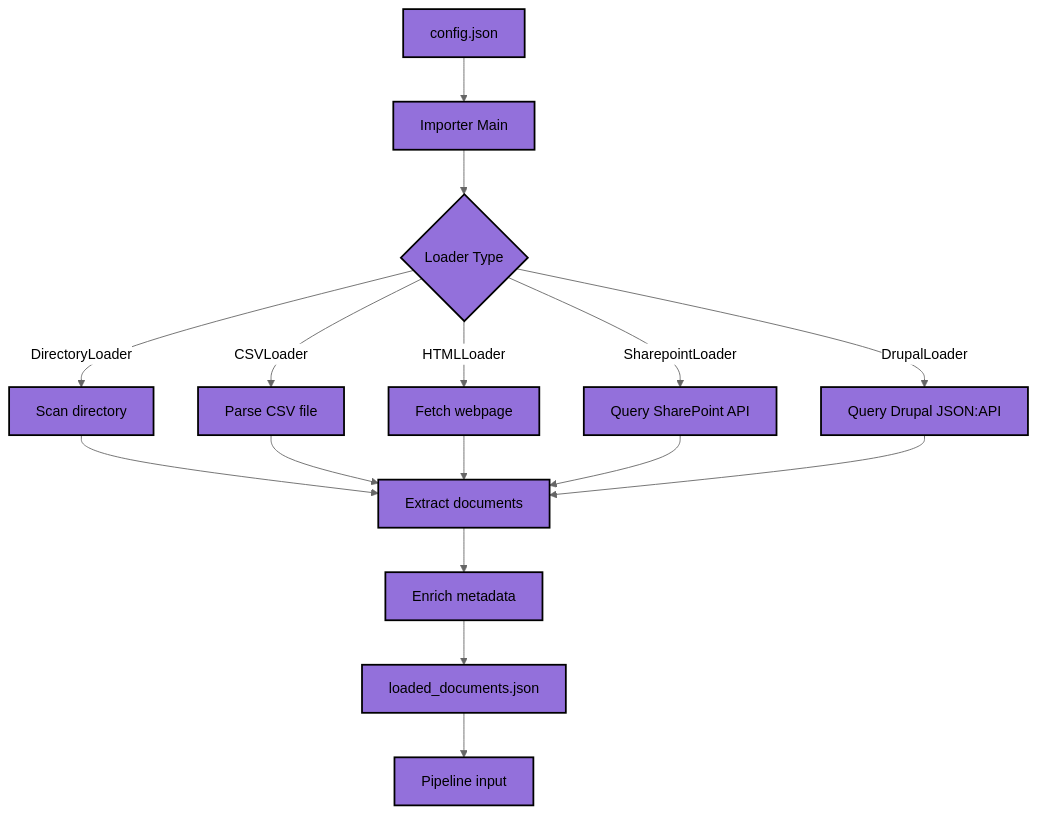
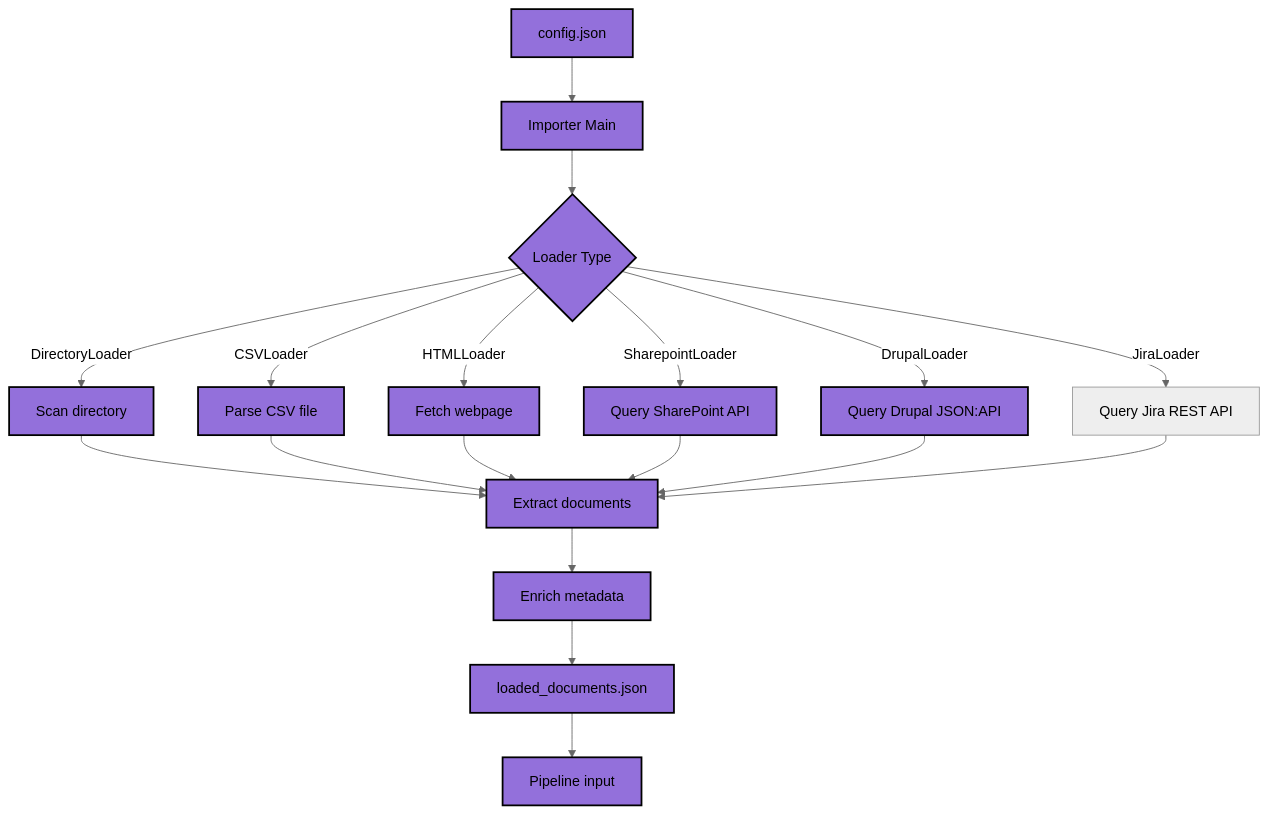
Before and after one commit to Learn2RAG/configurator: the diagram in learn2rag/importer/readme.md, drawn with Mermaid (neutral theme). The commit also changed other lines of this file and 9 other files, not shown here.

Commit message:
integration of jira_loader v.0.0.1

````diff
--- a/learn2rag/importer/readme.md
+++ b/learn2rag/importer/readme.md
@@ -36,32 +36,34 @@
 ```mermaid
 graph TD
     A[config.json] --> B[Importer Main]
     B --> C{Loader Type}
     C -->|DirectoryLoader| D[Scan directory]
     C -->|CSVLoader| E[Parse CSV file]
     C -->|HTMLLoader| F[Fetch webpage]
     C -->|SharepointLoader| G[Query SharePoint API]
     C -->|DrupalLoader| H[Query Drupal JSON:API]
+    C -->|JiraLoader| M[Query Jira REST API]
     D --> I[Extract documents]
     E --> I
     F --> I
     G --> I
     H --> I
+    M --> I
     I --> J[Enrich metadata]
     J --> K[loaded_documents.json]
     K --> L[Pipeline input]
 
     classDef purple fill:#9370db,stroke:#000000,stroke-width:2px
     A:::purple
     B:::purple
     C:::purple
     D:::purple
     E:::purple
     F:::purple
     G:::purple
     H:::purple
     I:::purple
     J:::purple
     K:::purple
     L:::purple
 ```
````
